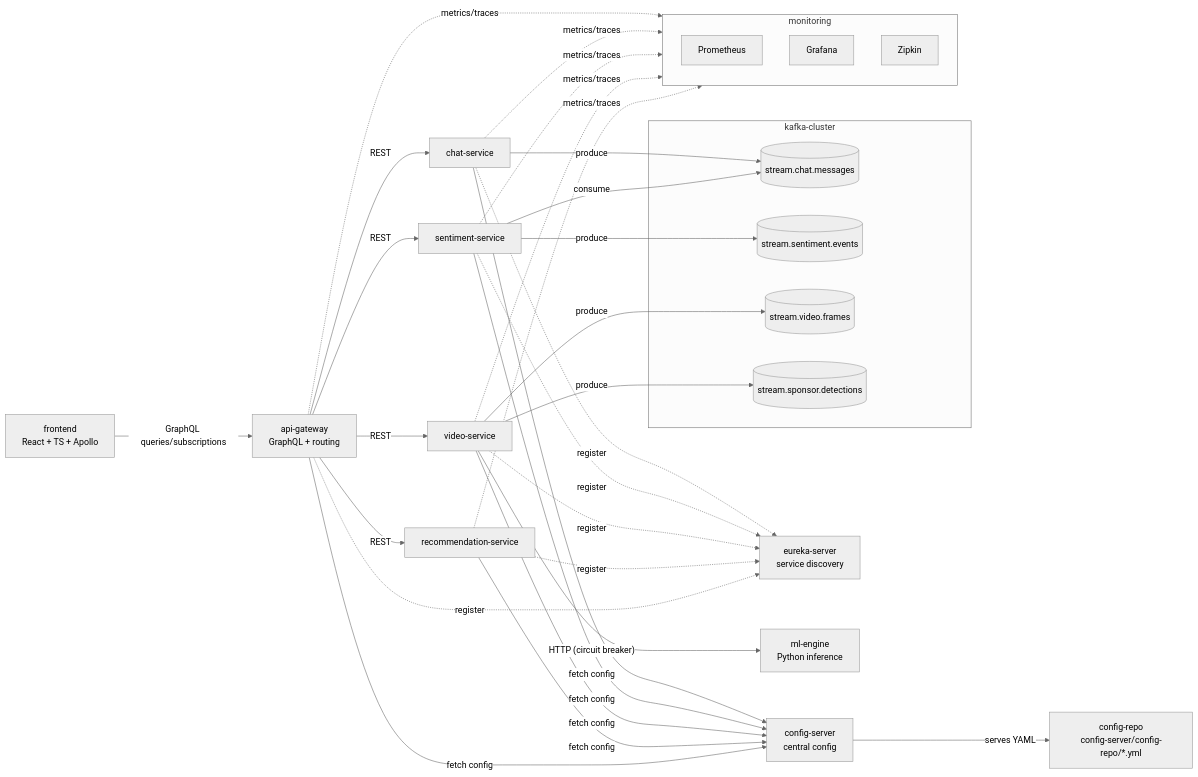
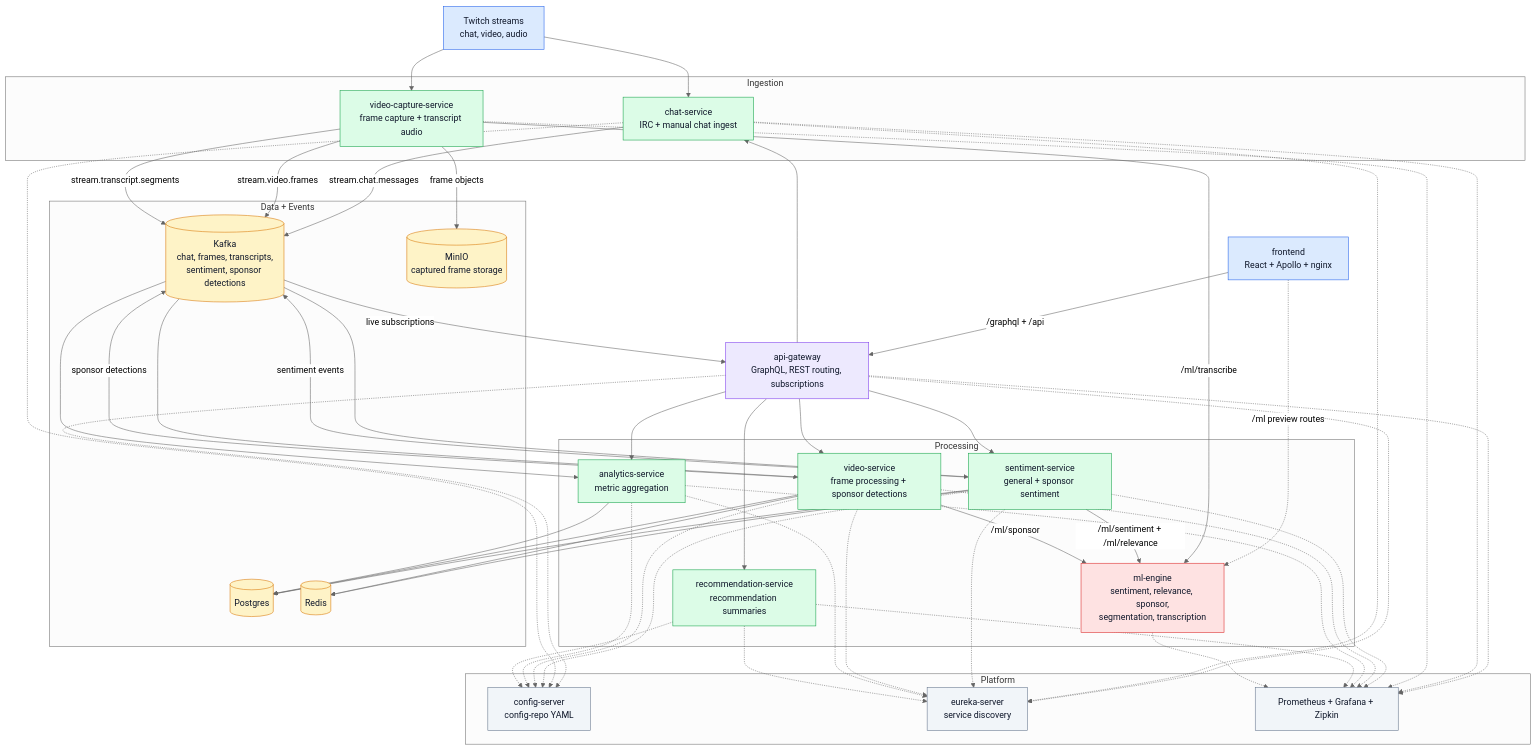
Before and after one commit to 8wali8/StreamSense-Production: the diagram in README.md, drawn with Mermaid (neutral theme). The commit also changed other lines of this file, not shown here.

````diff
--- a/README.md
+++ b/README.md
@@ -15,60 +8,95 @@
 ```mermaid
-flowchart LR
-  %% ---- Client layer ----
-  FE[frontend<br/>React + TS + Apollo] -->|GraphQL queries/subscriptions| GW[api-gateway<br/>GraphQL + routing]
+flowchart TB
+  classDef client fill:#dbeafe,stroke:#2563eb,color:#0f172a
+  classDef edge fill:#ede9fe,stroke:#7c3aed,color:#0f172a
+  classDef service fill:#dcfce7,stroke:#16a34a,color:#0f172a
+  classDef data fill:#fef3c7,stroke:#d97706,color:#0f172a
+  classDef infra fill:#f1f5f9,stroke:#64748b,color:#0f172a
+  classDef ml fill:#fee2e2,stroke:#dc2626,color:#0f172a
 
-  %% ---- Core platform ----
-  GW -->|REST| CHAT[chat-service]
-  GW -->|REST| SENT[sentiment-service]
-  GW -->|REST| VIDEO[video-service]
-  GW -->|REST| RECO[recommendation-service]
+  TW[Twitch streams<br/>chat, video, audio]:::client
+  FE[frontend<br/>React + Apollo + nginx]:::client
+  GW[api-gateway<br/>GraphQL, REST routing, subscriptions]:::edge
 
-  %% ---- Discovery + config ----
-  EUREKA[eureka-server<br/>service discovery]
-  CONFIG[config-server<br/>central config]
-
-  CHAT -.->|register| EUREKA
-  SENT -.->|register| EUREKA
-  VIDEO -.->|register| EUREKA
-  RECO -.->|register| EUREKA
-  GW   -.->|register| EUREKA
-
-  CHAT -->|fetch config| CONFIG
-  SENT -->|fetch config| CONFIG
-  VIDEO -->|fetch config| CONFIG
-  RECO -->|fetch config| CONFIG
-  GW   -->|fetch config| CONFIG
-
-  CONFIG -->|serves YAML| CREPO[config-repo<br/>config-server/config-repo/*.yml]
-
-  %% ---- Event backbone ----
-  subgraph KAFKA[kafka-cluster]
-    TCHAT[(stream.chat.messages)]
-    TSENT[(stream.sentiment.events)]
-    TVID[(stream.video.frames)]
-    TSPON[(stream.sponsor.detections)]
+  subgraph INGEST[Ingestion]
+    CHAT[chat-service<br/>IRC + manual chat ingest]:::service
+    CAP[video-capture-service<br/>frame capture + transcript audio]:::service
   end
 
-  CHAT -->|produce| TCHAT
-  SENT -->|consume| TCHAT
-  SENT -->|produce| TSENT
-
-  VIDEO -->|produce| TVID
-  VIDEO -->|produce| TSPON
-
-  %% ---- ML ----
-  VIDEO -->|"HTTP (circuit breaker)"| ML[ml-engine<br/>Python inference]
-
-  %% ---- Observability ----
-  subgraph OBS[monitoring]
-    PROM[Prometheus]
-    GRAF[Grafana]
-    ZIP[Zipkin]
+  subgraph CORE[Processing]
+    SENT[sentiment-service<br/>general + sponsor sentiment]:::service
+    VIDEO[video-service<br/>frame processing + sponsor detections]:::service
+    ANALYTICS[analytics-service<br/>metric aggregation]:::service
+    RECO[recommendation-service<br/>recommendation summaries]:::service
+    ML[ml-engine<br/>sentiment, relevance, sponsor,<br/>segmentation, transcription]:::ml
   end
 
-  GW -.->|metrics/traces| OBS
-  CHAT -.->|metrics/traces| OBS
-  SENT -.->|metrics/traces| OBS
-  VIDEO -.->|metrics/traces| OBS
-  RECO -.->|metrics/traces| OBS
+  subgraph DATA[Data + Events]
+    KAFKA[(Kafka<br/>chat, frames, transcripts,<br/>sentiment, sponsor detections)]:::data
+    PG[(Postgres)]:::data
+    REDIS[(Redis)]:::data
+    MINIO[(MinIO<br/>captured frame storage)]:::data
+  end
+
+  subgraph PLATFORM[Platform]
+    CONFIG[config-server<br/>config-repo YAML]:::infra
+    EUREKA[eureka-server<br/>service discovery]:::infra
+    OBS[Prometheus + Grafana + Zipkin]:::infra
+  end
+
+  FE -->|/graphql + /api| GW
+  FE -.->|/ml preview routes| ML
+
+  GW --> CHAT
+  GW --> SENT
+  GW --> VIDEO
+  GW --> ANALYTICS
+  GW --> RECO
+  KAFKA -->|live subscriptions| GW
+
+  TW --> CHAT
+  TW --> CAP
+  CHAT -->|stream.chat.messages| KAFKA
+  CAP -->|frame objects| MINIO
+  CAP -->|stream.video.frames| KAFKA
+  CAP -->|/ml/transcribe| ML
+  CAP -->|stream.transcript.segments| KAFKA
+
+  KAFKA --> SENT
+  SENT -->|/ml/sentiment + /ml/relevance| ML
+  SENT -->|sentiment events| KAFKA
+  SENT --> PG
+  SENT --> REDIS
+
+  KAFKA --> VIDEO
+  VIDEO -->|/ml/sponsor| ML
+  VIDEO -->|sponsor detections| KAFKA
+  VIDEO --> PG
+  VIDEO --> REDIS
+
+  KAFKA --> ANALYTICS
+  ANALYTICS --> PG
+
+  GW -.-> CONFIG
+  CHAT -.-> CONFIG
+  SENT -.-> CONFIG
+  VIDEO -.-> CONFIG
+  ANALYTICS -.-> CONFIG
+  RECO -.-> CONFIG
+
+  GW -.-> EUREKA
+  CHAT -.-> EUREKA
+  SENT -.-> EUREKA
+  VIDEO -.-> EUREKA
+  ANALYTICS -.-> EUREKA
+  RECO -.-> EUREKA
+
+  GW -.-> OBS
+  CHAT -.-> OBS
+  CAP -.-> OBS
+  SENT -.-> OBS
+  VIDEO -.-> OBS
+  ANALYTICS -.-> OBS
+  RECO -.-> OBS
+  ML -.-> OBS
 ```
````
